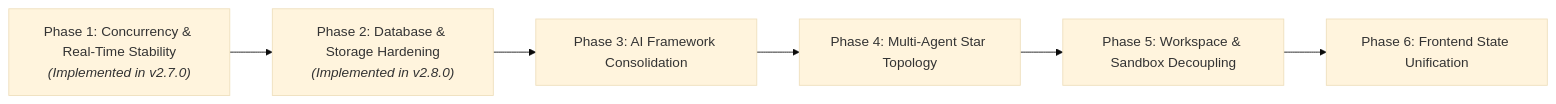
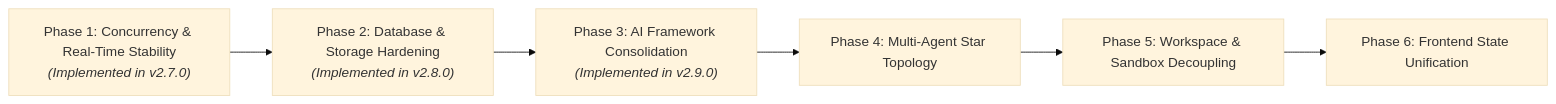
One commit to ezazulhaq/auditagent changed the first of 6 diagrams in doc/19-concurrency-and-realtime-stability-plan.md. Above: the diagram before and after it, drawn with Mermaid (base theme). The commit also changed other lines of this file and 6 other files, not shown here.

````diff
--- a/doc/19-concurrency-and-realtime-stability-plan.md
+++ b/doc/19-concurrency-and-realtime-stability-plan.md
@@ -7,8 +7,8 @@
 ```mermaid
 flowchart LR
     P1["Phase 1: Concurrency & Real-Time Stability<br/><i>(Implemented in v2.7.0)</i>"] --> P2["Phase 2: Database & Storage Hardening<br/><i>(Implemented in v2.8.0)</i>"]
-    P2 --> P3["Phase 3: AI Framework Consolidation"]
+    P2 --> P3["Phase 3: AI Framework Consolidation<br/><i>(Implemented in v2.9.0)</i>"]
     P3 --> P4["Phase 4: Multi-Agent Star Topology"]
     P4 --> P5["Phase 5: Workspace & Sandbox Decoupling"]
     P5 --> P6["Phase 6: Frontend State Unification"]
 ```
````
